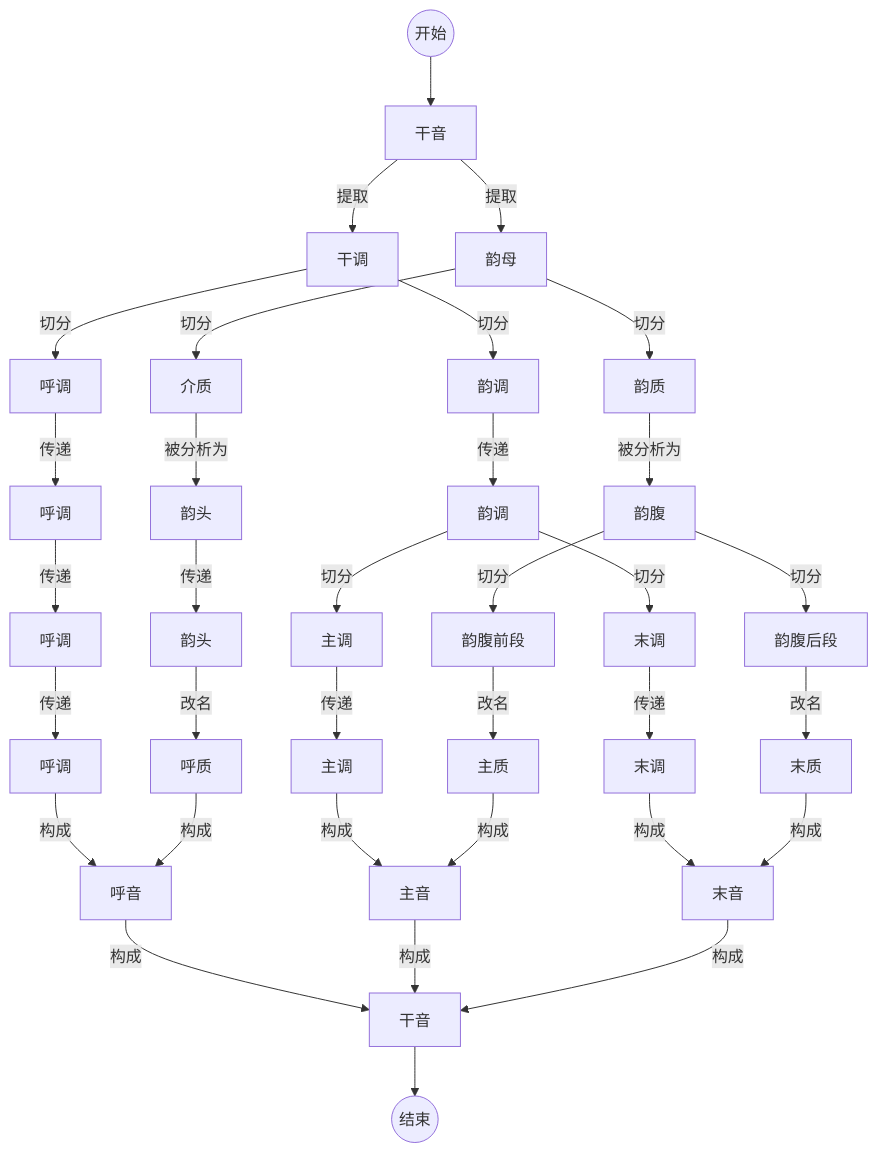
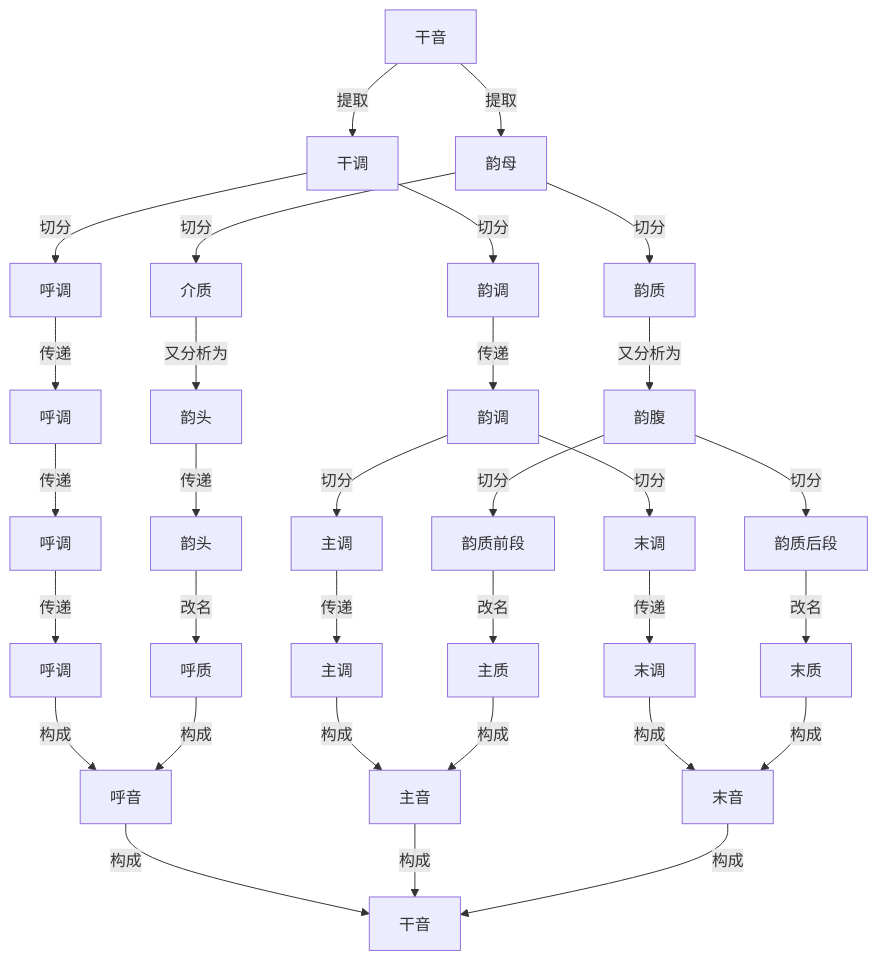
The diagram in YIME_Theory/flowchart/后长干音分析.mmd (tsaanghwang/Yime-prototype), drawn with Mermaid before and after one commit. The commit also changed 49 other files, not shown here.

```diff
--- a/YIME_Theory/flowchart/后长干音分析.mmd
+++ b/YIME_Theory/flowchart/后长干音分析.mmd
@@ -1,39 +1,38 @@
 graph TB
-    Start((开始)) --> A[干音]
+    A[干音]
     A --> |提取|B[干调]
     A --> |提取|C[韵母]
 
     B --> |切分|D1[呼调]
     B --> |切分|D2[韵调]
     D1 --> |传递|D3[呼调]
     D2 --> |传递|D4[韵调]
     D3 --> |传递|D5[呼调]
     D4 --> |切分|D6[主调]
     D4 --> |切分|D7[末调]
     D5 --> |传递|D8[呼调]
     D6 -->  |传递|P[主调]
     D7 -->  |传递|Q[末调]
 
     C --> |切分|E[介质]
     C --> |切分|F[韵质]
 
-    E --> |被分析为|E1[韵头]
-    E1 --> |传递|E2[韵头]
-    E2 --> |改名|E3[呼质]
+    E --> |又分析为|G[韵头]
+    G --> |传递|H[韵头]
+    H --> |改名|I[呼质]
 
-    F --> |被分析为|G[韵腹]
-    G --> |切分|I[韵腹前段]
-    G --> |切分|J[韵腹后段]
-    I --> |改名|L[主质]
-    J --> |改名|M[末质]
+    F --> |又分析为|J[韵腹]
+    J --> |切分|K[韵质前段]
+    J --> |切分|L[韵质后段]
+    K --> |改名|M[主质]
+    L --> |改名|N[末质]
 
-    D8 --> |构成|N3[呼音]
-    E3 --> |构成|N3
-    P -->  |构成|S[主音]
-    L -->  |构成|S
-    Q -->  |构成|T[末音]
-    M -->  |构成|T
-    N3 -->  |构成|U[干音]
-    S -->  |构成|U
-    T -->  |构成|U
-    U --> End((结束))
+    D8 --> |构成|O[呼音]
+    I --> |构成|O
+    P -->  |构成|R[主音]
+    M -->  |构成|R
+    Q -->  |构成|S[末音]
+    N -->  |构成|S
+    O -->  |构成|T[干音]
+    R -->  |构成|T
+    S -->  |构成|T
```
